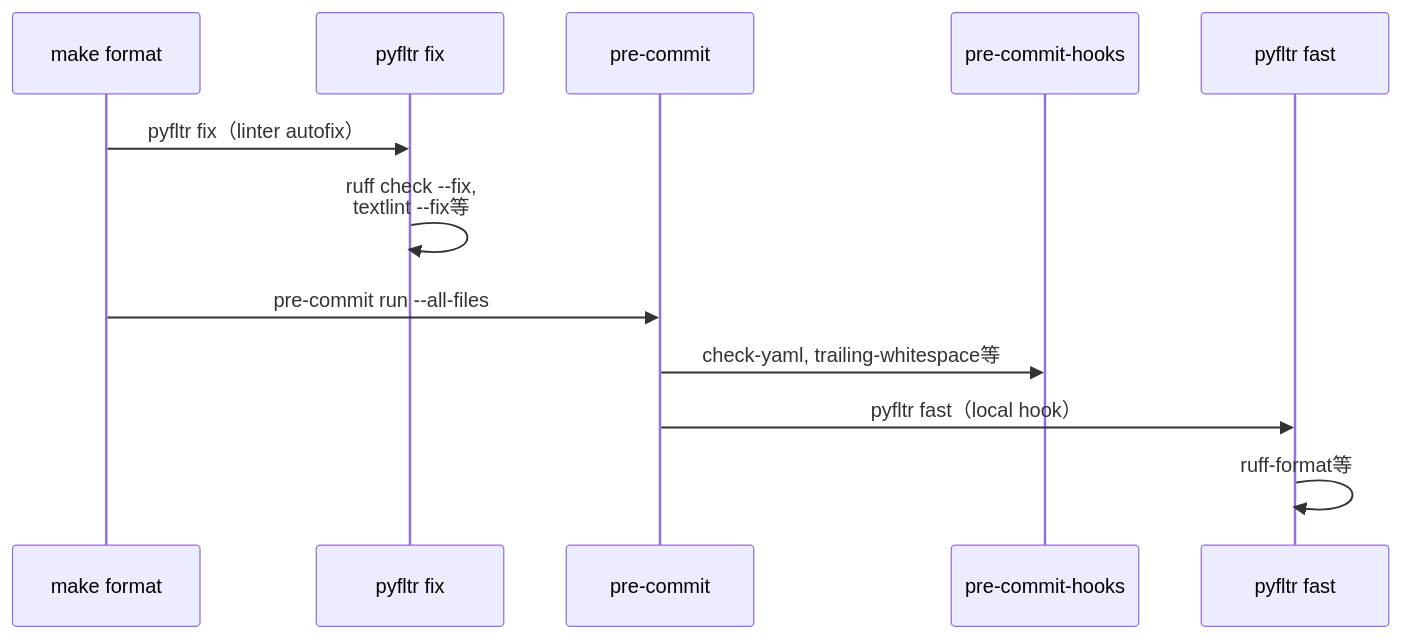
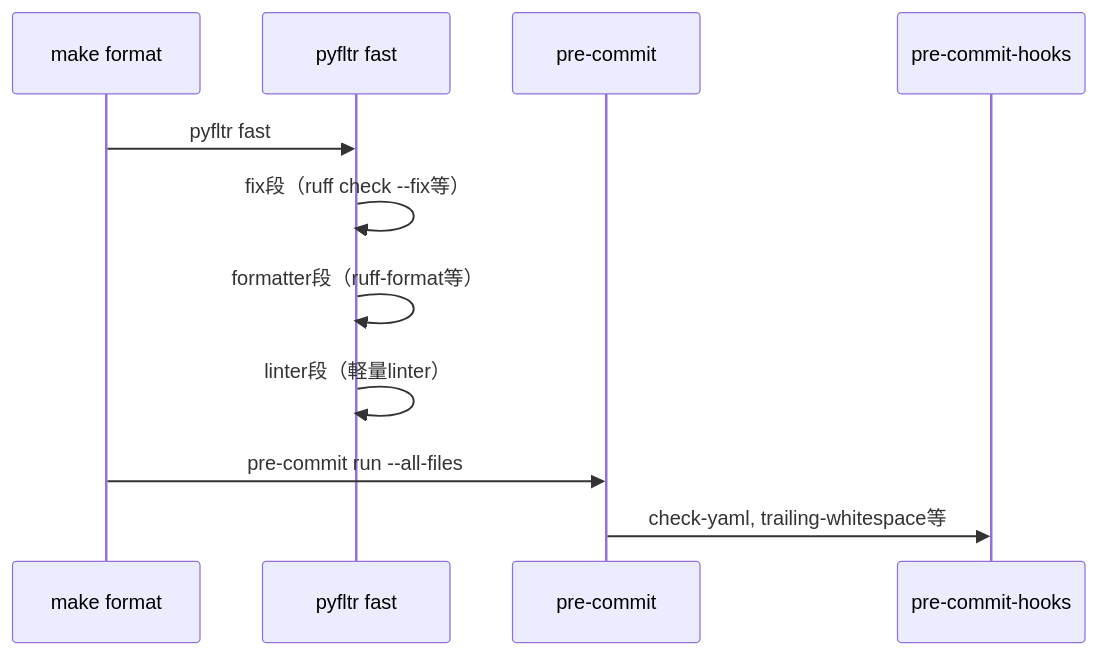
One commit to ak110/pyfltr changed the third of 3 diagrams in docs/guide/recommended.md. Above: the diagram before and after it, drawn with Mermaid. The commit also changed other lines of this file and 14 other files, not shown here.

````diff
--- a/docs/guide/recommended.md
+++ b/docs/guide/recommended.md
@@ -174,15 +174,14 @@
 ```mermaid
 sequenceDiagram
     participant U as make format
-    participant FIX as pyfltr fix
+    participant PF as pyfltr fast
     participant PC as pre-commit
     participant PH as pre-commit-hooks
-    participant PF as pyfltr fast
 
-    U->>FIX: pyfltr fix（linter autofix）
-    FIX->>FIX: ruff check --fix,<br/>textlint --fix等
+    U->>PF: pyfltr fast
+    PF->>PF: fix段（ruff check --fix等）
+    PF->>PF: formatter段（ruff-format等）
+    PF->>PF: linter段（軽量linter）
     U->>PC: pre-commit run --all-files
     PC->>PH: check-yaml, trailing-whitespace等
-    PC->>PF: pyfltr fast（local hook）
-    PF->>PF: ruff-format等
 ```
````
